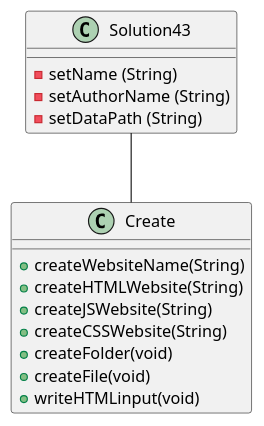
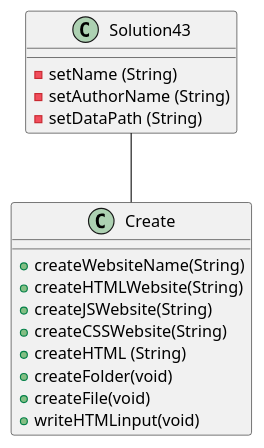
One commit to mathdude3482/Jaro-a04 changed the diagram in exercise43/docs/diagram.puml. Above: the diagram before and after it, drawn with PlantUML. The commit also changed 2 other files, not shown here.

Commit message:
Updated code and PlantUML diagram.

```diff
--- a/exercise43/docs/diagram.puml
+++ b/exercise43/docs/diagram.puml
@@ -1,17 +1,18 @@
 @startuml
 class Solution43{
 - setName (String)
 - setAuthorName (String)
 - setDataPath (String)
 }
 class Create{
 + createWebsiteName(String)
 + createHTMLWebsite(String)
 + createJSWebsite(String)
 + createCSSWebsite(String)
++ createHTML (String)
 + createFolder(void)
 + createFile(void)
 + writeHTMLinput(void)
 }
 Solution43 -- Create
 @enduml
```
